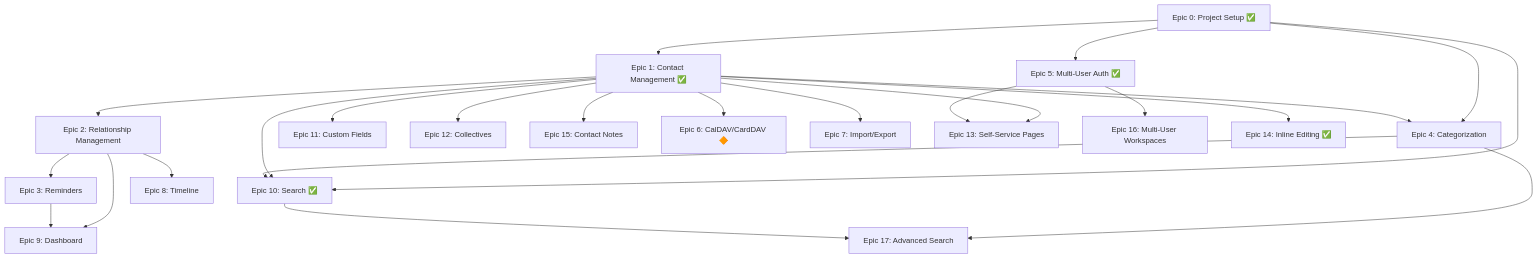
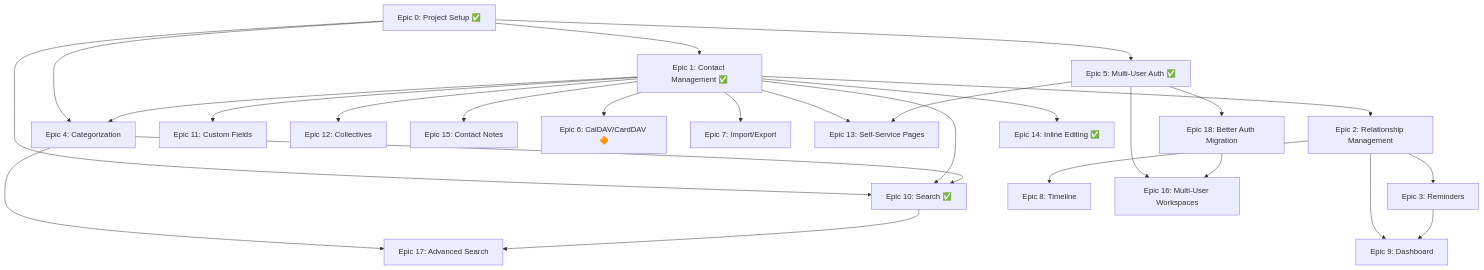
The diagram in project-management/epics/README.md (datenknoten/freundebuch), drawn with Mermaid before and after one commit. The commit also changed other lines of this file and 1 other file, not shown here.

First line of the commit message:
docs(epics): add Epic 18 for Better Auth migration

````diff
--- a/project-management/epics/README.md
+++ b/project-management/epics/README.md
@@ -130,26 +144,28 @@
 ```mermaid
 graph TD
     E0[Epic 0: Project Setup ✅] --> E1[Epic 1: Contact Management ✅]
     E0 --> E4[Epic 4: Categorization]
     E0 --> E5[Epic 5: Multi-User Auth ✅]
     E0 --> E10[Epic 10: Search ✅]
     E1 --> E2[Epic 2: Relationship Management]
     E1 --> E4
     E1 --> E10
     E1 --> E11[Epic 11: Custom Fields]
     E1 --> E12[Epic 12: Collectives]
     E1 --> E15[Epic 15: Contact Notes]
     E2 --> E3[Epic 3: Reminders]
     E2 --> E8[Epic 8: Timeline]
     E2 --> E9[Epic 9: Dashboard]
     E3 --> E9
     E1 --> E6[Epic 6: CalDAV/CardDAV 🔶]
     E1 --> E7[Epic 7: Import/Export]
     E4 --> E10
     E4 --> E17[Epic 17: Advanced Search]
     E10 --> E17
     E1 --> E13[Epic 13: Self-Service Pages]
     E5 --> E13
     E5 --> E16[Epic 16: Multi-User Workspaces]
+    E5 --> E18[Epic 18: Better Auth Migration]
+    E18 --> E16
     E1 --> E14[Epic 14: Inline Editing ✅]
 ```
````
